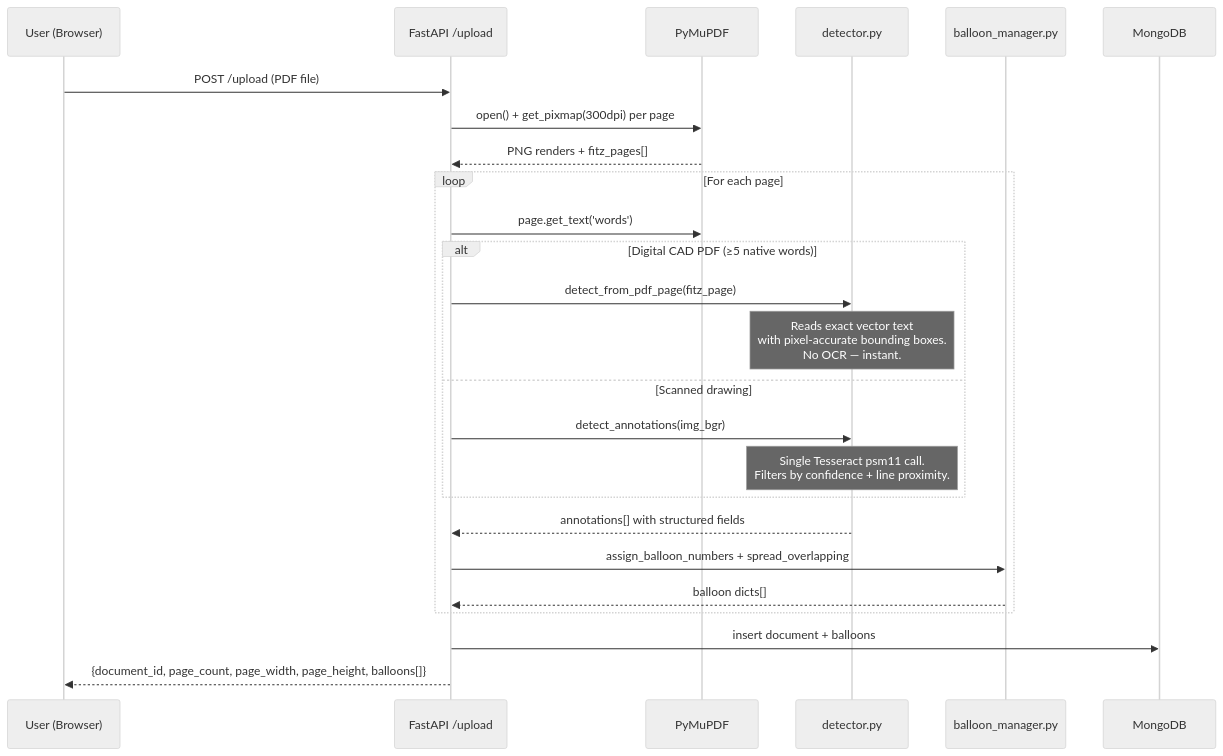
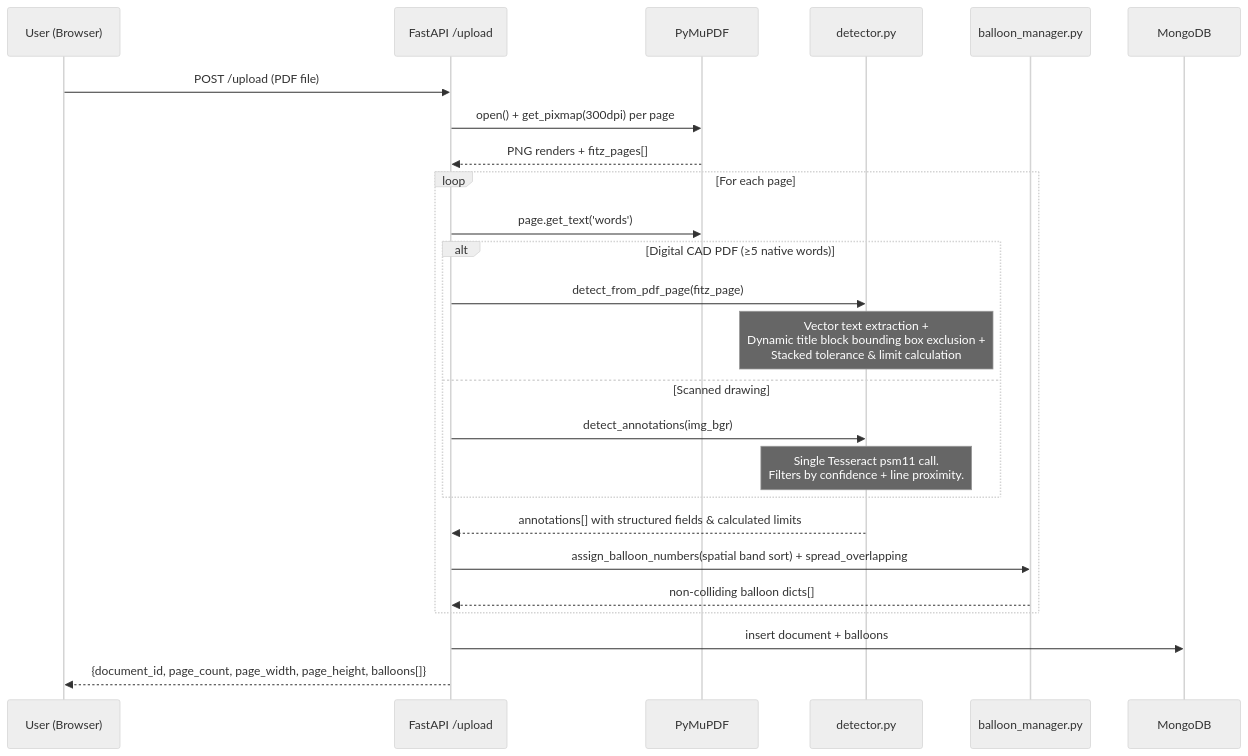
One commit to vidhan13i/CADLens changed the second of 3 diagrams in README.md. Above: the diagram before and after it, drawn with Mermaid (neutral theme). The commit also changed other lines of this file and 11 other files, not shown here.

Commit message:
feat: AS9102 Form 3 inspection fields, spatial balloon ordering, selective export, and updated docs

````diff
--- a/README.md
+++ b/README.md
@@ -79,30 +83,30 @@
 ```mermaid
 sequenceDiagram
     participant U as User (Browser)
     participant F as FastAPI /upload
     participant MU as PyMuPDF
     participant D as detector.py
     participant BM as balloon_manager.py
     participant MG as MongoDB
 
     U->>F: POST /upload (PDF file)
     F->>MU: open() + get_pixmap(300dpi) per page
     MU-->>F: PNG renders + fitz_pages[]
 
     loop For each page
         F->>MU: page.get_text('words')
         alt Digital CAD PDF (≥5 native words)
             F->>D: detect_from_pdf_page(fitz_page)
-            Note over D: Reads exact vector text<br/>with pixel-accurate bounding boxes.<br/>No OCR — instant.
+            Note over D: Vector text extraction +<br/>Dynamic title block bounding box exclusion +<br/>Stacked tolerance & limit calculation
         else Scanned drawing
             F->>D: detect_annotations(img_bgr)
             Note over D: Single Tesseract psm11 call.<br/>Filters by confidence + line proximity.
         end
-        D-->>F: annotations[] with structured fields
-        F->>BM: assign_balloon_numbers + spread_overlapping
-        BM-->>F: balloon dicts[]
+        D-->>F: annotations[] with structured fields & calculated limits
+        F->>BM: assign_balloon_numbers(spatial band sort) + spread_overlapping
+        BM-->>F: non-colliding balloon dicts[]
     end
 
     F->>MG: insert document + balloons
     F-->>U: {document_id, page_count, page_width, page_height, balloons[]}
 ```
````
